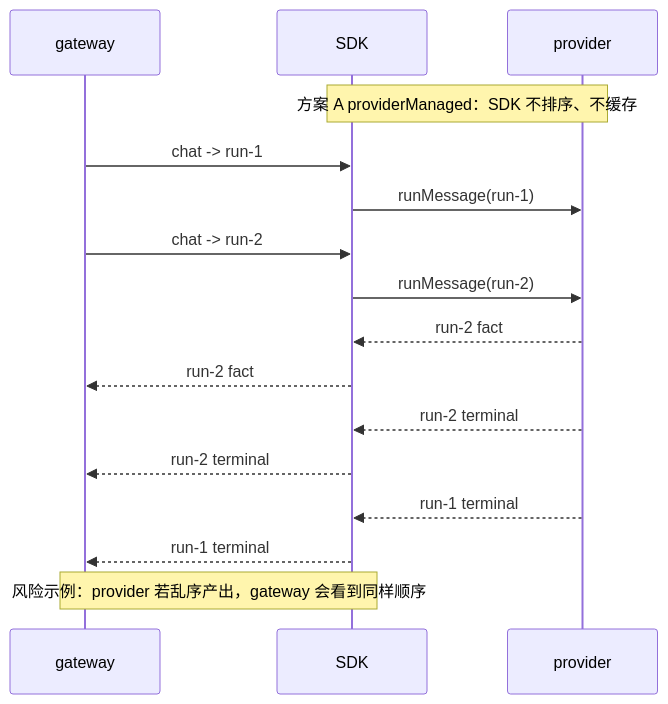
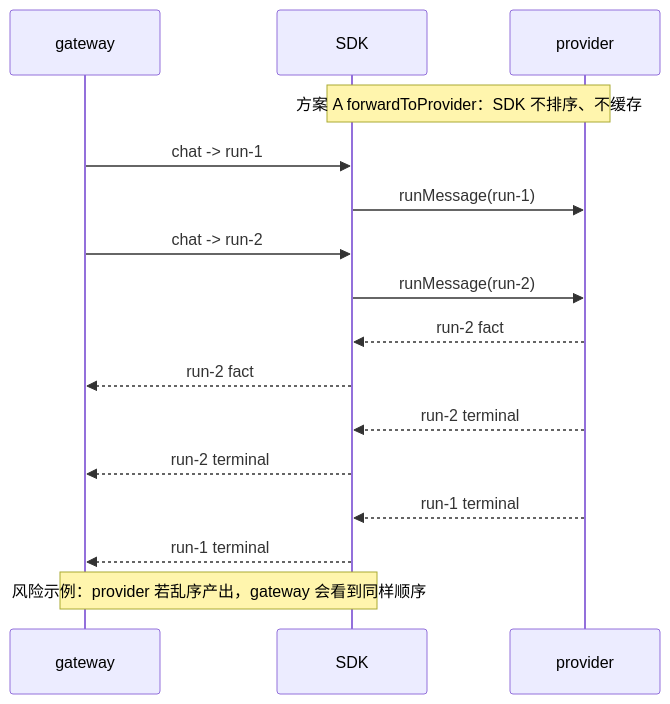
The first of 7 diagrams in packages/bridge-runtime-sdk/docs/design/2026-07-06-active-run-chat-policy-design.md (yuzhangCZ/agent-plugin), drawn with Mermaid before and after one commit. The commit also changed other lines of this file and 7 other files, not shown here.

````diff
--- a/packages/bridge-runtime-sdk/docs/design/2026-07-06-active-run-chat-policy-design.md
+++ b/packages/bridge-runtime-sdk/docs/design/2026-07-06-active-run-chat-policy-design.md
@@ -73,19 +73,19 @@
 ```mermaid
 sequenceDiagram
     participant gw as gateway
     participant sdk as SDK
     participant provider as provider
 
-    Note over sdk,provider: 方案 A providerManaged：SDK 不排序、不缓存
+    Note over sdk,provider: 方案 A forwardToProvider：SDK 不排序、不缓存
     gw->>sdk: chat -> run-1
     sdk->>provider: runMessage(run-1)
     gw->>sdk: chat -> run-2
     sdk->>provider: runMessage(run-2)
     provider-->>sdk: run-2 fact
     sdk-->>gw: run-2 fact
     provider-->>sdk: run-2 terminal
     sdk-->>gw: run-2 terminal
     provider-->>sdk: run-1 terminal
     sdk-->>gw: run-1 terminal
     Note over gw,sdk: 风险示例：provider 若乱序产出，gateway 会看到同样顺序
 ```
````
